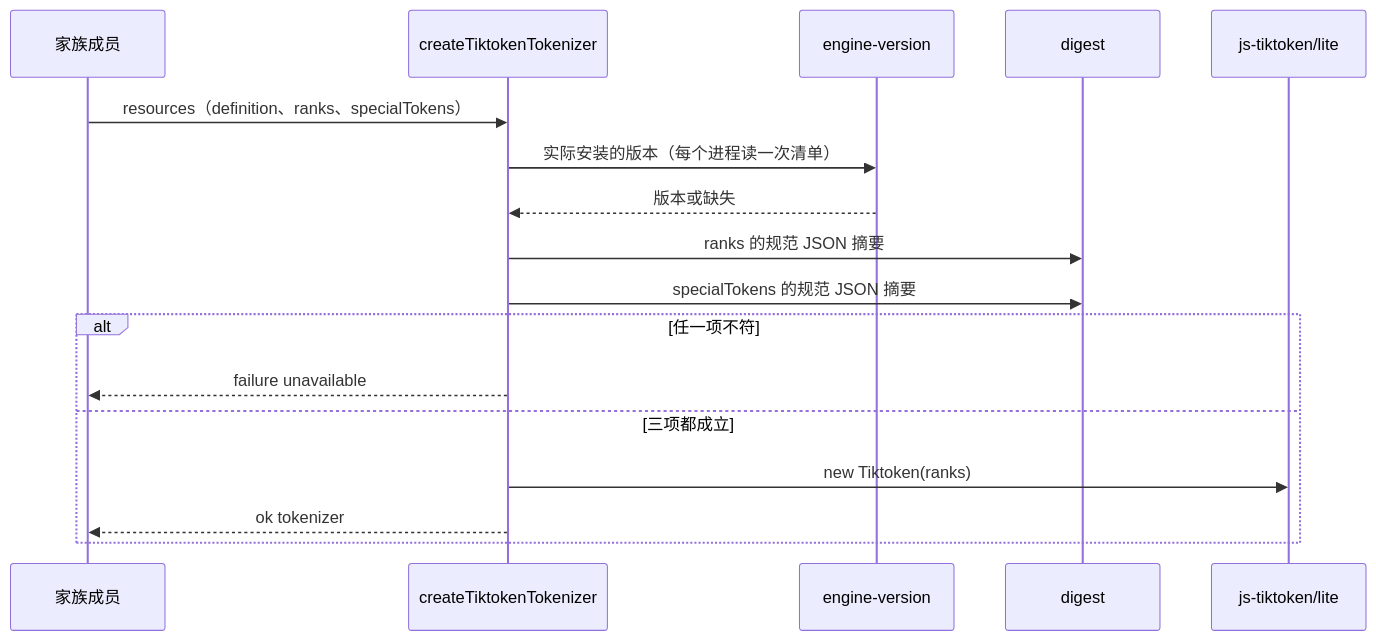
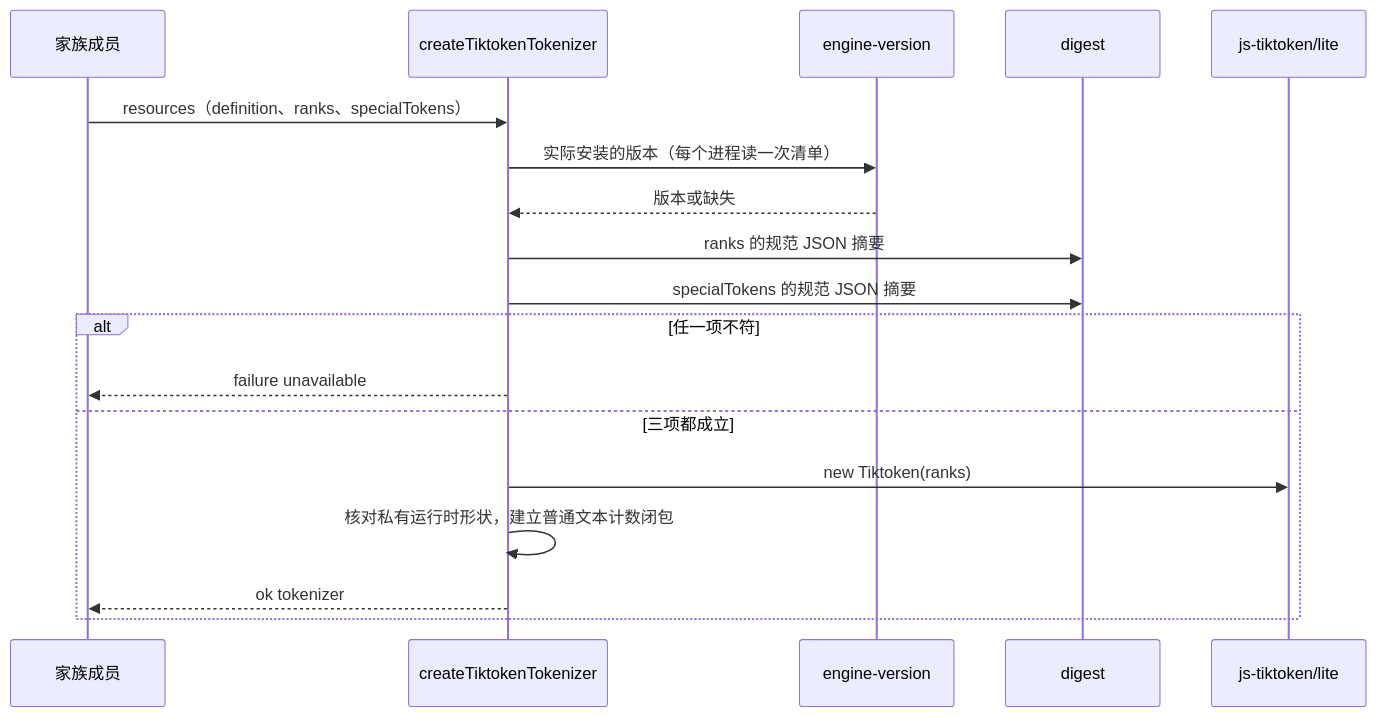
One commit to nemori-ai/omne-harness-lite changed the diagram in packages/model/tokenizer-tiktoken/docs/flows.md. Above: the diagram before and after it, drawn with Mermaid. The commit also changed other lines of this file and 14 other files, not shown here.

````diff
--- a/packages/model/tokenizer-tiktoken/docs/flows.md
+++ b/packages/model/tokenizer-tiktoken/docs/flows.md
@@ -9,19 +9,20 @@
 ```mermaid
 sequenceDiagram
   participant F as 家族成员
   participant T as createTiktokenTokenizer
   participant V as engine-version
   participant D as digest
   participant E as js-tiktoken/lite
   F->>T: resources（definition、ranks、specialTokens）
   T->>V: 实际安装的版本（每个进程读一次清单）
   V-->>T: 版本或缺失
   T->>D: ranks 的规范 JSON 摘要
   T->>D: specialTokens 的规范 JSON 摘要
   alt 任一项不符
     T-->>F: failure unavailable
   else 三项都成立
     T->>E: new Tiktoken(ranks)
+    T->>T: 核对私有运行时形状，建立普通文本计数闭包
     T-->>F: ok tokenizer
   end
 ```
````
